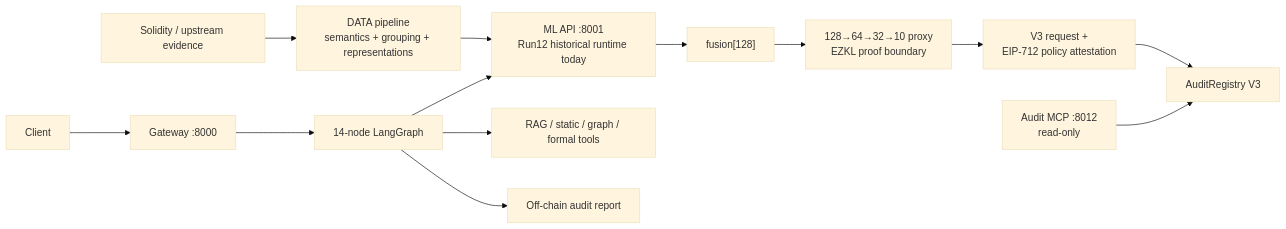
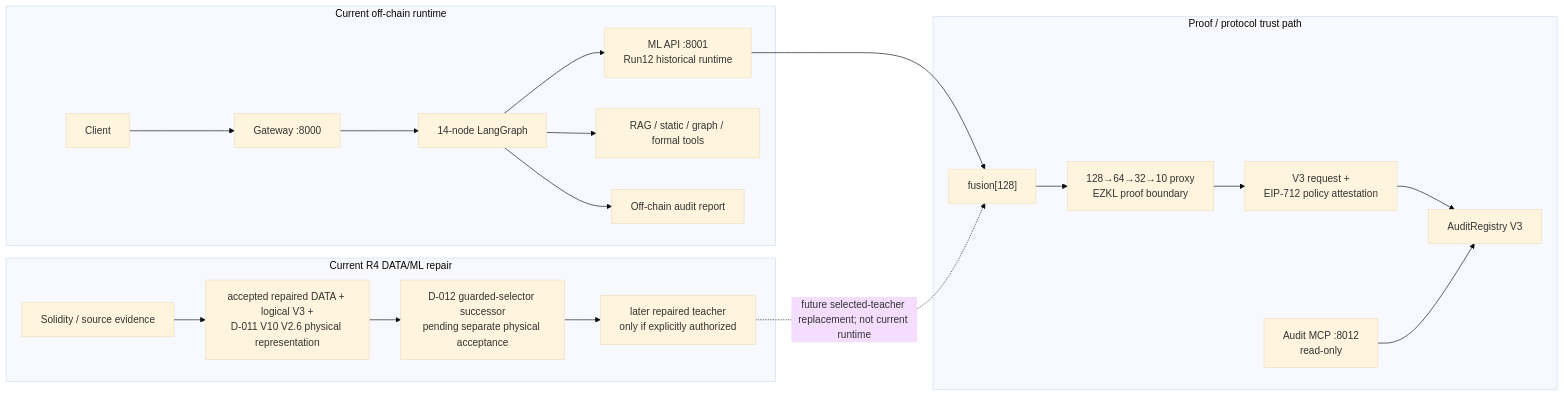
The diagram in README.md (motafegh/sentinel-), drawn with Mermaid (base theme) before and after one commit. The commit also changed other lines of this file, not shown here.

Commit message:
docs(portfolio): align landing architecture with canonical system views

````diff
--- a/README.md
+++ b/README.md
@@ -36,18 +38,26 @@
 ```mermaid
 flowchart LR
-    S["Solidity / upstream evidence"] --> D["DATA pipeline\nsemantics + grouping + representations"]
+    subgraph RUNTIME["Current off-chain runtime"]
+        C["Client"] --> G["Gateway :8000"]
+        G --> A["14-node LangGraph"]
+        A --> M["ML API :8001\nRun12 historical runtime"]
+        A --> T["RAG / static / graph / formal tools"]
+        A --> R["Off-chain audit report"]
+    end
 
-    C["Client"] --> G["Gateway :8000"]
-    G --> A["14-node LangGraph"]
-    A --> M["ML API :8001\nRun12 historical runtime today"]
-    A --> T["RAG / static / graph / formal tools"]
-    A --> R["Off-chain audit report"]
+    subgraph REPAIR["Current R4 DATA/ML repair"]
+        S["Solidity / source evidence"] --> D["accepted repaired DATA + logical V3 +\nD-011 V10 V2.6 physical representation"]
+        D --> N["D-012 guarded-selector successor\npending separate physical acceptance"]
+        N --> RM["later repaired teacher\nonly if explicitly authorized"]
+    end
 
-    D --> M
-    M --> F["fusion[128]"]
-    F --> Z["128→64→32→10 proxy\nEZKL proof boundary"]
-    Z --> P["V3 request +\nEIP-712 policy attestation"]
-    P --> AR["AuditRegistry V3"]
+    subgraph TRUST["Proof / protocol trust path"]
+        M --> F["fusion[128]"]
+        F --> Z["128→64→32→10 proxy\nEZKL proof boundary"]
+        Z --> P["V3 request +\nEIP-712 policy attestation"]
+        P --> AR["AuditRegistry V3"]
+        RO["Audit MCP :8012\nread-only"] --> AR
+    end
 
-    RO["Audit MCP :8012\nread-only"] --> AR
+    RM -. "future selected-teacher replacement; not current runtime" .-> F
 ```
````
